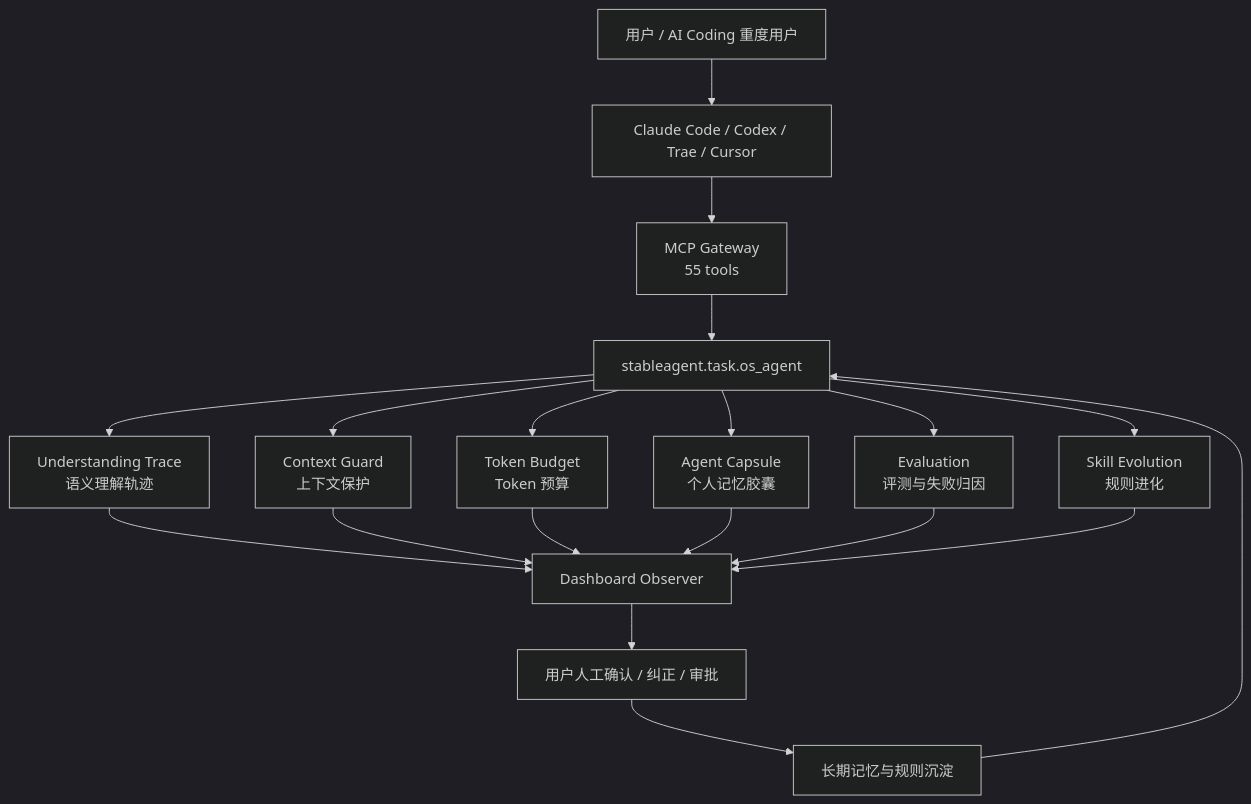
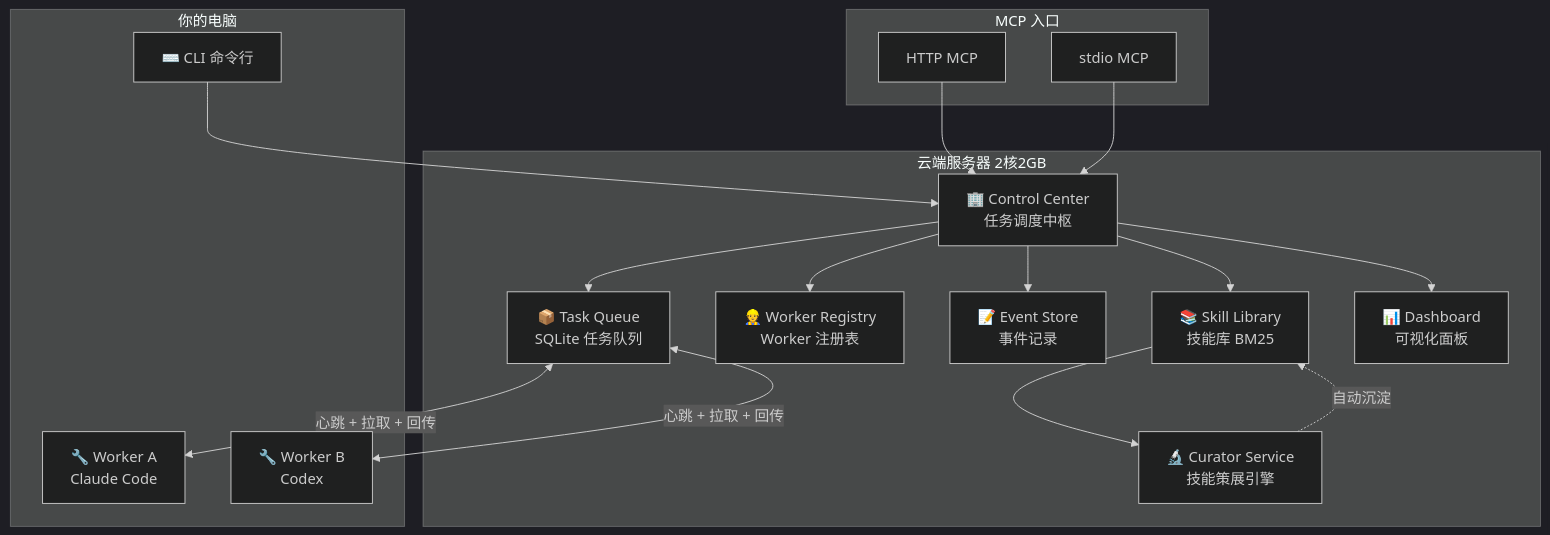
One commit to liuanye9-lab/OS-agent-slim changed the second of 7 diagrams in README.md. Above: the diagram before and after it, drawn with Mermaid (dark theme). The commit also changed other lines of this file, not shown here.

````diff
--- a/README.md
+++ b/README.md
@@ -182,24 +90,36 @@
 ```mermaid
 flowchart TB
-    User[用户 / AI Coding 重度用户] --> Client[Claude Code / Codex / Trae / Cursor]
-    Client --> MCP[MCP Gateway<br/>55 tools]
-    MCP --> OSAgent[stableagent.task.os_agent]
+    subgraph 云端服务器 2核2GB
+        CC[🏢 Control Center<br/>任务调度中枢]
+        TQ[📦 Task Queue<br/>SQLite 任务队列]
+        WR[👷 Worker Registry<br/>Worker 注册表]
+        ES[📝 Event Store<br/>事件记录]
+        SK[📚 Skill Library<br/>技能库 BM25]
+        CU[🔬 Curator Service<br/>技能策展引擎]
+        DB[📊 Dashboard<br/>可视化面板]
+    end
 
-    OSAgent --> U[Understanding Trace<br/>语义理解轨迹]
-    OSAgent --> C[Context Guard<br/>上下文保护]
-    OSAgent --> T[Token Budget<br/>Token 预算]
-    OSAgent --> M[Agent Capsule<br/>个人记忆胶囊]
-    OSAgent --> E[Evaluation<br/>评测与失败归因]
-    OSAgent --> S[Skill Evolution<br/>规则进化]
+    subgraph 你的电脑
+        W1[🔧 Worker A<br/>Claude Code]
+        W2[🔧 Worker B<br/>Codex]
+        CLI[⌨️ CLI 命令行]
+    end
 
-    U --> Dash[Dashboard Observer]
-    C --> Dash
-    T --> Dash
-    M --> Dash
-    E --> Dash
-    S --> Dash
+    subgraph MCP 入口
+        M1[HTTP MCP]
+        M2[stdio MCP]
+    end
 
-    Dash --> Human[用户人工确认 / 纠正 / 审批]
-    Human --> Capsule[长期记忆与规则沉淀]
-    Capsule --> OSAgent
+    M1 --> CC
+    M2 --> CC
+    CLI --> CC
+    CC --> TQ
+    CC --> WR
+    CC --> ES
+    CC --> SK
+    SK --> CU
+    CC --> DB
+    TQ <-->|心跳 + 拉取 + 回传| W1
+    TQ <-->|心跳 + 拉取 + 回传| W2
+    CU -.->|自动沉淀| SK
 ```
````
